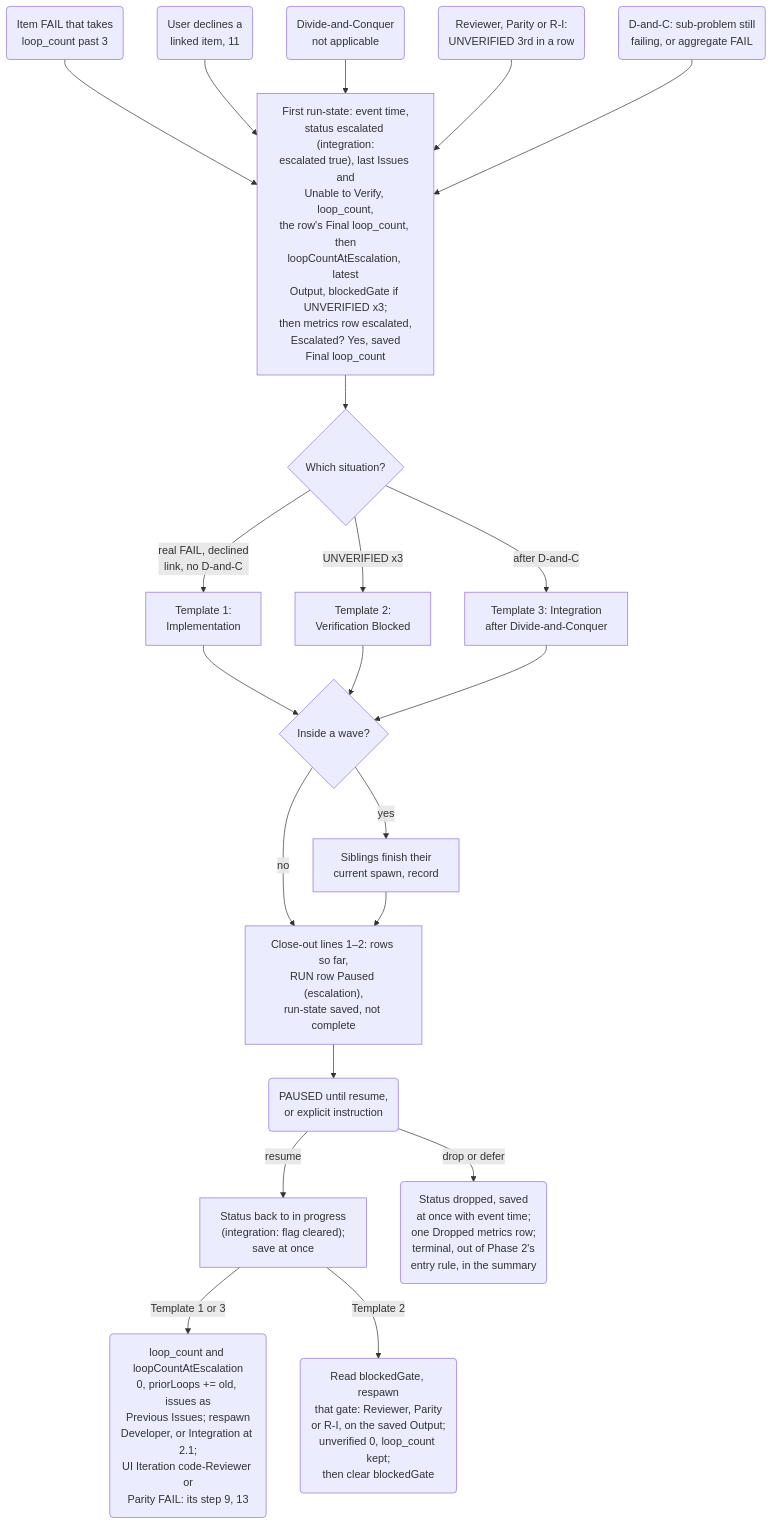
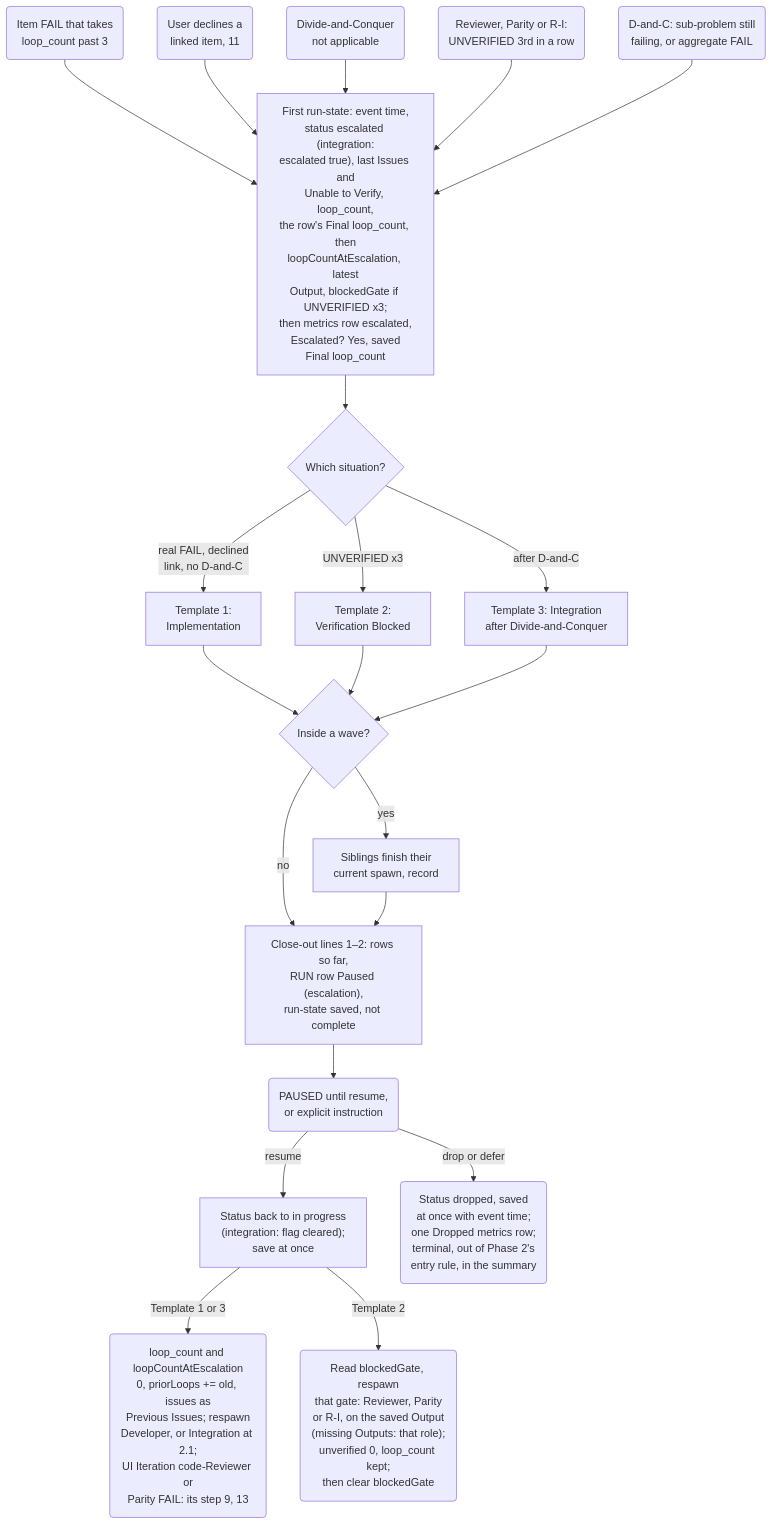
The second of 2 diagrams in skills/plugin-orchestrator-development-pattern/mermaid/09-escalation.md (muhammedalikhan86/claude-stash), drawn with Mermaid before and after one commit. The commit also changed 32 other files, not shown here.

````diff
--- a/skills/plugin-orchestrator-development-pattern/mermaid/09-escalation.md
+++ b/skills/plugin-orchestrator-development-pattern/mermaid/09-escalation.md
@@ -37,23 +37,23 @@
 ```mermaid
 flowchart TD
     T1("Item FAIL that takes<br/>loop_count past 3") --> Rec
     T4("User declines a<br/>linked item, 11") --> Rec
     T5("Divide-and-Conquer<br/>not applicable") --> Rec
     T2("Reviewer, Parity or R-I:<br/>UNVERIFIED 3rd in a row") --> Rec
     T3("D-and-C: sub-problem still<br/>failing, or aggregate FAIL") --> Rec
     Rec["First run-state: event time,<br/>status escalated (integration:<br/>escalated true), last Issues and<br/>Unable to Verify, loop_count,<br/>the row's Final loop_count, then<br/>loopCountAtEscalation, latest<br/>Output, blockedGate if UNVERIFIED x3;<br/>then metrics row escalated,<br/>Escalated? Yes, saved<br/>Final loop_count"] --> Which{"Which situation?"}
     Which -->|"real FAIL, declined<br/>link, no D-and-C"| E1["Template 1:<br/>Implementation"]
     Which -->|"UNVERIFIED x3"| E2["Template 2:<br/>Verification Blocked"]
     Which -->|"after D-and-C"| E3["Template 3: Integration<br/>after Divide-and-Conquer"]
     E1 --> Wave{"Inside a wave?"}
     E2 --> Wave
     E3 --> Wave
     Wave -->|"yes"| Sib["Siblings finish their<br/>current spawn, record"]
     Wave -->|"no"| Close
     Sib --> Close["Close-out lines 1–2: rows so far,<br/>RUN row Paused (escalation),<br/>run-state saved, not complete"]
     Close --> Pause("PAUSED until resume,<br/>or explicit instruction")
     Pause -->|"resume"| Un["Status back to in progress<br/>(integration: flag cleared);<br/>save at once"]
     Un -->|"Template 1 or 3"| Res("loop_count and loopCountAtEscalation<br/>0, priorLoops += old, issues as<br/>Previous Issues; respawn<br/>Developer, or Integration at 2.1;<br/>UI Iteration code-Reviewer or<br/>Parity FAIL: its step 9, 13")
     Pause -->|"drop or defer"| Drop("Status dropped, saved<br/>at once with event time;<br/>one Dropped metrics row;<br/>terminal, out of Phase 2's<br/>entry rule, in the summary")
-    Un -->|"Template 2"| ResV("Read blockedGate, respawn<br/>that gate: Reviewer, Parity<br/>or R-I, on the saved Output;<br/>unverified 0, loop_count kept;<br/>then clear blockedGate")
+    Un -->|"Template 2"| ResV("Read blockedGate, respawn<br/>that gate: Reviewer, Parity<br/>or R-I, on the saved Output<br/>(missing Outputs: that role);<br/>unverified 0, loop_count kept;<br/>then clear blockedGate")
 ```
````
